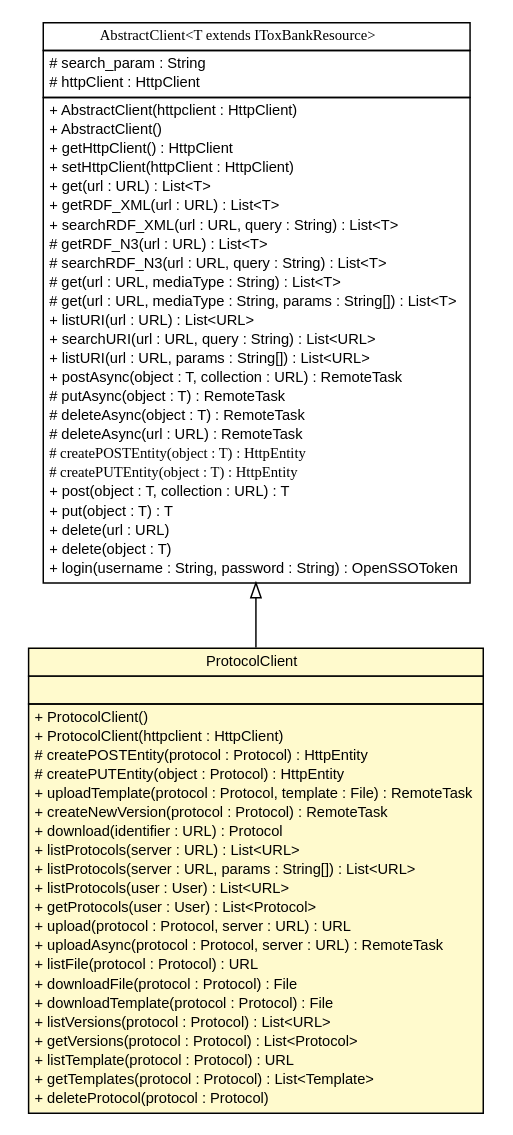
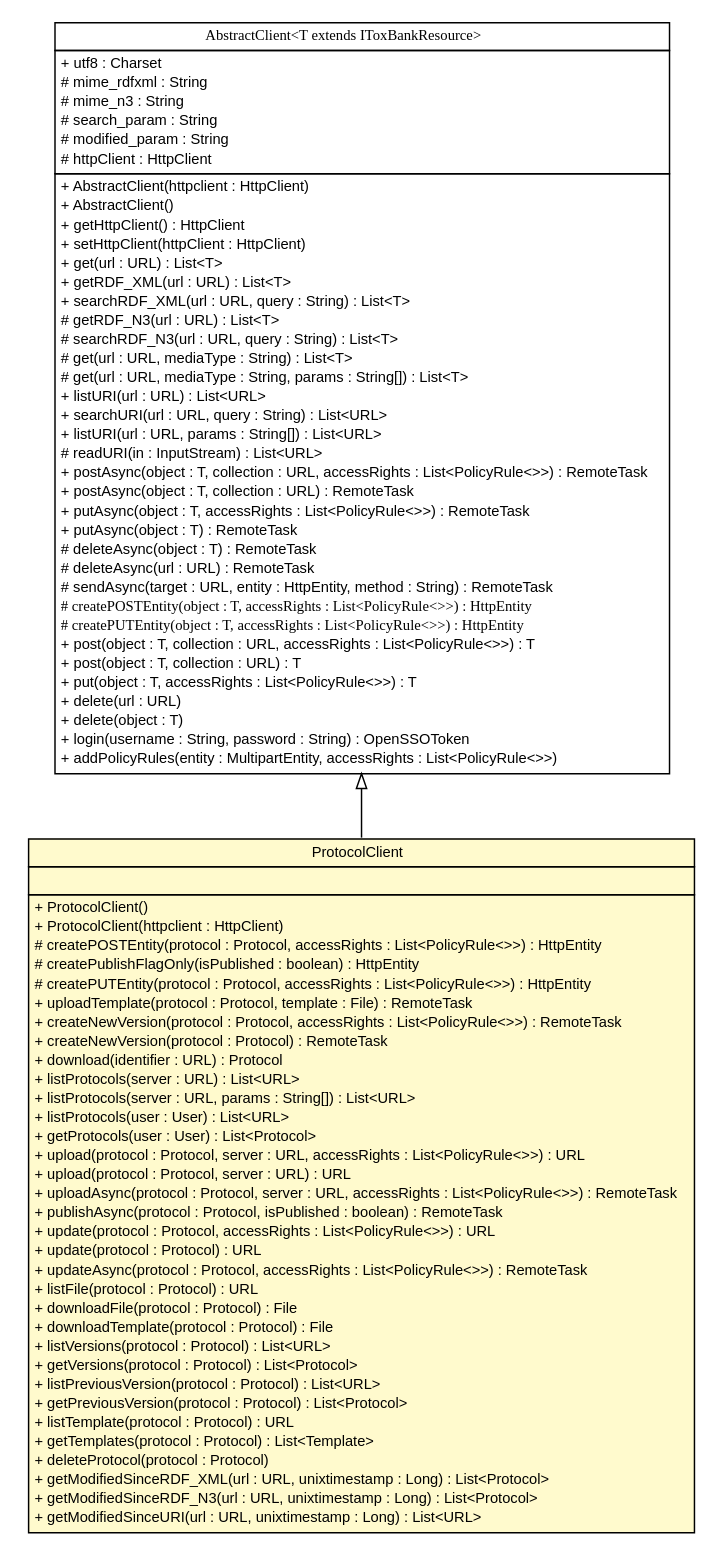
One commit to ToxBank/toxbank-api-client changed the diagram in apidocs/net/toxbank/client/resource/ProtocolClient.dot. Above: the diagram before and after it, drawn with Graphviz. The commit also changed 329 other files, not shown here.

```diff
--- a/apidocs/net/toxbank/client/resource/ProtocolClient.dot
+++ b/apidocs/net/toxbank/client/resource/ProtocolClient.dot
@@ -1,81 +1,103 @@
 #!/usr/local/bin/dot
 #
 # Class diagram 
 # Generated by UmlGraph version 4.6 (http://www.spinellis.gr/sw/umlgraph)
 #
 
 digraph G {
 	edge [fontname="arial",fontsize=10,labelfontname="arial",labelfontsize=10];
 	node [fontname="arial",fontsize=10,shape=plaintext];
 	// net.toxbank.client.resource.ProtocolClient
-	c251 [label=<<table border="0" cellborder="1" cellspacing="0" cellpadding="2" port="p" bgcolor="lemonChiffon" href="./ProtocolClient.html">
+	c286 [label=<<table border="0" cellborder="1" cellspacing="0" cellpadding="2" port="p" bgcolor="lemonChiffon" href="./ProtocolClient.html">
 		<tr><td><table border="0" cellspacing="0" cellpadding="1">
 			<tr><td> ProtocolClient </td></tr>
 		</table></td></tr>
 		<tr><td><table border="0" cellspacing="0" cellpadding="1">
 			<tr><td align="left">  </td></tr>
 		</table></td></tr>
 		<tr><td><table border="0" cellspacing="0" cellpadding="1">
 			<tr><td align="left"> + ProtocolClient() </td></tr>
 			<tr><td align="left"> + ProtocolClient(httpclient : HttpClient) </td></tr>
-			<tr><td align="left"> # createPOSTEntity(protocol : Protocol) : HttpEntity </td></tr>
-			<tr><td align="left"> # createPUTEntity(object : Protocol) : HttpEntity </td></tr>
+			<tr><td align="left"> # createPOSTEntity(protocol : Protocol, accessRights : List&lt;PolicyRule&lt;&gt;&gt;) : HttpEntity </td></tr>
+			<tr><td align="left"> # createPublishFlagOnly(isPublished : boolean) : HttpEntity </td></tr>
+			<tr><td align="left"> # createPUTEntity(protocol : Protocol, accessRights : List&lt;PolicyRule&lt;&gt;&gt;) : HttpEntity </td></tr>
 			<tr><td align="left"> + uploadTemplate(protocol : Protocol, template : File) : RemoteTask </td></tr>
+			<tr><td align="left"> + createNewVersion(protocol : Protocol, accessRights : List&lt;PolicyRule&lt;&gt;&gt;) : RemoteTask </td></tr>
 			<tr><td align="left"> + createNewVersion(protocol : Protocol) : RemoteTask </td></tr>
 			<tr><td align="left"> + download(identifier : URL) : Protocol </td></tr>
 			<tr><td align="left"> + listProtocols(server : URL) : List&lt;URL&gt; </td></tr>
 			<tr><td align="left"> + listProtocols(server : URL, params : String[]) : List&lt;URL&gt; </td></tr>
 			<tr><td align="left"> + listProtocols(user : User) : List&lt;URL&gt; </td></tr>
 			<tr><td align="left"> + getProtocols(user : User) : List&lt;Protocol&gt; </td></tr>
+			<tr><td align="left"> + upload(protocol : Protocol, server : URL, accessRights : List&lt;PolicyRule&lt;&gt;&gt;) : URL </td></tr>
 			<tr><td align="left"> + upload(protocol : Protocol, server : URL) : URL </td></tr>
-			<tr><td align="left"> + uploadAsync(protocol : Protocol, server : URL) : RemoteTask </td></tr>
+			<tr><td align="left"> + uploadAsync(protocol : Protocol, server : URL, accessRights : List&lt;PolicyRule&lt;&gt;&gt;) : RemoteTask </td></tr>
+			<tr><td align="left"> + publishAsync(protocol : Protocol, isPublished : boolean) : RemoteTask </td></tr>
+			<tr><td align="left"> + update(protocol : Protocol, accessRights : List&lt;PolicyRule&lt;&gt;&gt;) : URL </td></tr>
+			<tr><td align="left"> + update(protocol : Protocol) : URL </td></tr>
+			<tr><td align="left"> + updateAsync(protocol : Protocol, accessRights : List&lt;PolicyRule&lt;&gt;&gt;) : RemoteTask </td></tr>
 			<tr><td align="left"> + listFile(protocol : Protocol) : URL </td></tr>
 			<tr><td align="left"> + downloadFile(protocol : Protocol) : File </td></tr>
 			<tr><td align="left"> + downloadTemplate(protocol : Protocol) : File </td></tr>
 			<tr><td align="left"> + listVersions(protocol : Protocol) : List&lt;URL&gt; </td></tr>
 			<tr><td align="left"> + getVersions(protocol : Protocol) : List&lt;Protocol&gt; </td></tr>
+			<tr><td align="left"> + listPreviousVersion(protocol : Protocol) : List&lt;URL&gt; </td></tr>
+			<tr><td align="left"> + getPreviousVersion(protocol : Protocol) : List&lt;Protocol&gt; </td></tr>
 			<tr><td align="left"> + listTemplate(protocol : Protocol) : URL </td></tr>
 			<tr><td align="left"> + getTemplates(protocol : Protocol) : List&lt;Template&gt; </td></tr>
 			<tr><td align="left"> + deleteProtocol(protocol : Protocol) </td></tr>
+			<tr><td align="left"> + getModifiedSinceRDF_XML(url : URL, unixtimestamp : Long) : List&lt;Protocol&gt; </td></tr>
+			<tr><td align="left"> + getModifiedSinceRDF_N3(url : URL, unixtimestamp : Long) : List&lt;Protocol&gt; </td></tr>
+			<tr><td align="left"> + getModifiedSinceURI(url : URL, unixtimestamp : Long) : List&lt;URL&gt; </td></tr>
 		</table></td></tr>
 		</table>>, fontname="arial", fontcolor="black", fontsize=10.0];
 	// net.toxbank.client.resource.AbstractClient<T extends net.toxbank.client.resource.IToxBankResource>
-	c261 [label=<<table border="0" cellborder="1" cellspacing="0" cellpadding="2" port="p" href="./AbstractClient.html">
+	c297 [label=<<table border="0" cellborder="1" cellspacing="0" cellpadding="2" port="p" href="./AbstractClient.html">
 		<tr><td><table border="0" cellspacing="0" cellpadding="1">
 			<tr><td><font face="ariali"> AbstractClient&lt;T extends IToxBankResource&gt; </font></td></tr>
 		</table></td></tr>
 		<tr><td><table border="0" cellspacing="0" cellpadding="1">
+			<tr><td align="left"> + utf8 : Charset </td></tr>
+			<tr><td align="left"> # mime_rdfxml : String </td></tr>
+			<tr><td align="left"> # mime_n3 : String </td></tr>
 			<tr><td align="left"> # search_param : String </td></tr>
+			<tr><td align="left"> # modified_param : String </td></tr>
 			<tr><td align="left"> # httpClient : HttpClient </td></tr>
 		</table></td></tr>
 		<tr><td><table border="0" cellspacing="0" cellpadding="1">
 			<tr><td align="left"> + AbstractClient(httpclient : HttpClient) </td></tr>
 			<tr><td align="left"> + AbstractClient() </td></tr>
 			<tr><td align="left"> + getHttpClient() : HttpClient </td></tr>
 			<tr><td align="left"> + setHttpClient(httpClient : HttpClient) </td></tr>
 			<tr><td align="left"> + get(url : URL) : List&lt;T&gt; </td></tr>
 			<tr><td align="left"> + getRDF_XML(url : URL) : List&lt;T&gt; </td></tr>
 			<tr><td align="left"> + searchRDF_XML(url : URL, query : String) : List&lt;T&gt; </td></tr>
 			<tr><td align="left"> # getRDF_N3(url : URL) : List&lt;T&gt; </td></tr>
 			<tr><td align="left"> # searchRDF_N3(url : URL, query : String) : List&lt;T&gt; </td></tr>
 			<tr><td align="left"> # get(url : URL, mediaType : String) : List&lt;T&gt; </td></tr>
 			<tr><td align="left"> # get(url : URL, mediaType : String, params : String[]) : List&lt;T&gt; </td></tr>
 			<tr><td align="left"> + listURI(url : URL) : List&lt;URL&gt; </td></tr>
 			<tr><td align="left"> + searchURI(url : URL, query : String) : List&lt;URL&gt; </td></tr>
 			<tr><td align="left"> + listURI(url : URL, params : String[]) : List&lt;URL&gt; </td></tr>
+			<tr><td align="left"> # readURI(in : InputStream) : List&lt;URL&gt; </td></tr>
+			<tr><td align="left"> + postAsync(object : T, collection : URL, accessRights : List&lt;PolicyRule&lt;&gt;&gt;) : RemoteTask </td></tr>
 			<tr><td align="left"> + postAsync(object : T, collection : URL) : RemoteTask </td></tr>
-			<tr><td align="left"> # putAsync(object : T) : RemoteTask </td></tr>
+			<tr><td align="left"> + putAsync(object : T, accessRights : List&lt;PolicyRule&lt;&gt;&gt;) : RemoteTask </td></tr>
+			<tr><td align="left"> + putAsync(object : T) : RemoteTask </td></tr>
 			<tr><td align="left"> # deleteAsync(object : T) : RemoteTask </td></tr>
 			<tr><td align="left"> # deleteAsync(url : URL) : RemoteTask </td></tr>
-			<tr><td align="left"><font face="ariali" point-size="10.0"> # createPOSTEntity(object : T) : HttpEntity </font></td></tr>
-			<tr><td align="left"><font face="ariali" point-size="10.0"> # createPUTEntity(object : T) : HttpEntity </font></td></tr>
+			<tr><td align="left"> # sendAsync(target : URL, entity : HttpEntity, method : String) : RemoteTask </td></tr>
+			<tr><td align="left"><font face="ariali" point-size="10.0"> # createPOSTEntity(object : T, accessRights : List&lt;PolicyRule&lt;&gt;&gt;) : HttpEntity </font></td></tr>
+			<tr><td align="left"><font face="ariali" point-size="10.0"> # createPUTEntity(object : T, accessRights : List&lt;PolicyRule&lt;&gt;&gt;) : HttpEntity </font></td></tr>
+			<tr><td align="left"> + post(object : T, collection : URL, accessRights : List&lt;PolicyRule&lt;&gt;&gt;) : T </td></tr>
 			<tr><td align="left"> + post(object : T, collection : URL) : T </td></tr>
-			<tr><td align="left"> + put(object : T) : T </td></tr>
+			<tr><td align="left"> + put(object : T, accessRights : List&lt;PolicyRule&lt;&gt;&gt;) : T </td></tr>
 			<tr><td align="left"> + delete(url : URL) </td></tr>
 			<tr><td align="left"> + delete(object : T) </td></tr>
 			<tr><td align="left"> + login(username : String, password : String) : OpenSSOToken </td></tr>
+			<tr><td align="left"> + addPolicyRules(entity : MultipartEntity, accessRights : List&lt;PolicyRule&lt;&gt;&gt;) </td></tr>
 		</table></td></tr>
 		</table>>, fontname="arial", fontcolor="black", fontsize=10.0];
 	//net.toxbank.client.resource.ProtocolClient extends net.toxbank.client.resource.AbstractClient<net.toxbank.client.resource.Protocol>
-	c261:p -> c251:p [dir=back,arrowtail=empty];
+	c297:p -> c286:p [dir=back,arrowtail=empty];
 }
```
